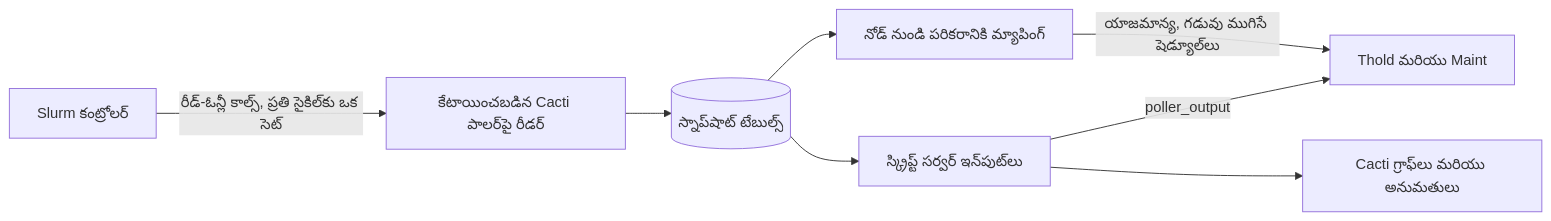
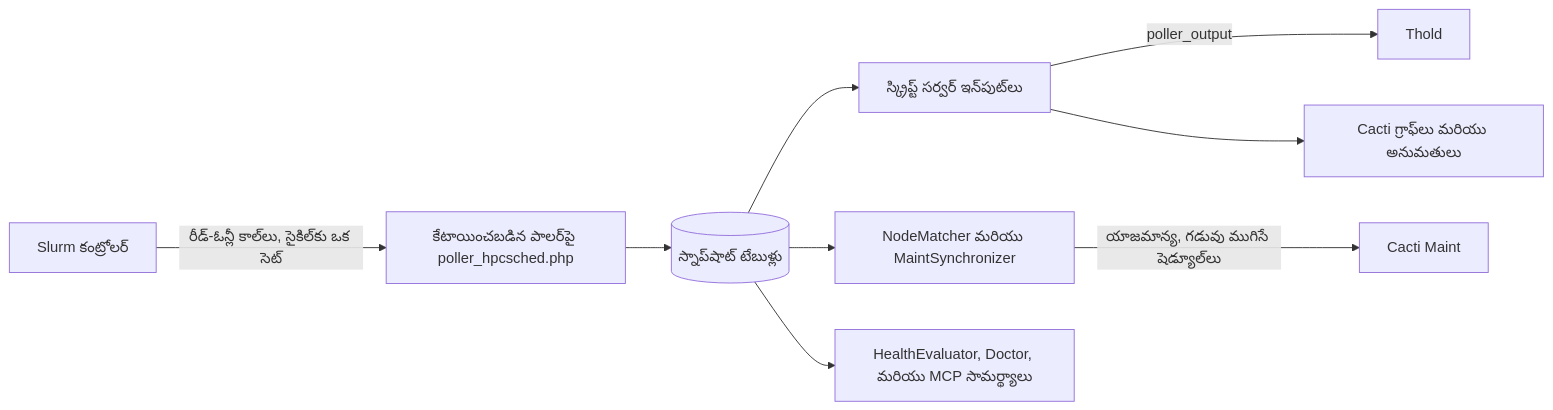
One commit to somethingwithproof/plugin_hpcsched changed the diagram in docs/i18n/te-IN/README.md. Above: the diagram before and after it, drawn with Mermaid. The commit also changed other lines of this file and 48 other files, not shown here.

````diff
--- a/docs/i18n/te-IN/README.md
+++ b/docs/i18n/te-IN/README.md
@@ -101,10 +163,11 @@
 ```mermaid
 flowchart LR
-    S[Slurm కంట్రోలర్] -->|రీడ్-ఓన్లీ కాల్స్, ప్రతి సైకిల్‌కు ఒక సెట్| R[కేటాయించబడిన Cacti పాలర్‌పై రీడర్]
-    R --> SNAP[(స్నాప్‌షాట్ టేబుల్స్)]
+    S[Slurm కంట్రోలర్] -->|రీడ్-ఓన్లీ కాల్‌లు, సైకిల్‌కు ఒక సెట్| R[కేటాయించబడిన పాలర్‌పై poller_hpcsched.php]
+    R --> SNAP[(స్నాప్‌షాట్ టేబుళ్లు)]
     SNAP --> SS[స్క్రిప్ట్ సర్వర్ ఇన్‌పుట్‌లు]
-    SS -->|poller_output| T[Thold మరియు Maint]
+    SS -->|poller_output| T[Thold]
     SS --> G[Cacti గ్రాఫ్‌లు మరియు అనుమతులు]
-    SNAP --> MAP[నోడ్ నుండి పరికరానికి మ్యాపింగ్]
-    MAP -->|యాజమాన్య, గడువు ముగిసే షెడ్యూల్‌లు| T
+    SNAP --> MAP[NodeMatcher మరియు MaintSynchronizer]
+    MAP -->|యాజమాన్య, గడువు ముగిసే షెడ్యూల్‌లు| M[Cacti Maint]
+    SNAP --> H[HealthEvaluator, Doctor, మరియు MCP సామర్థ్యాలు]
 ```
````
